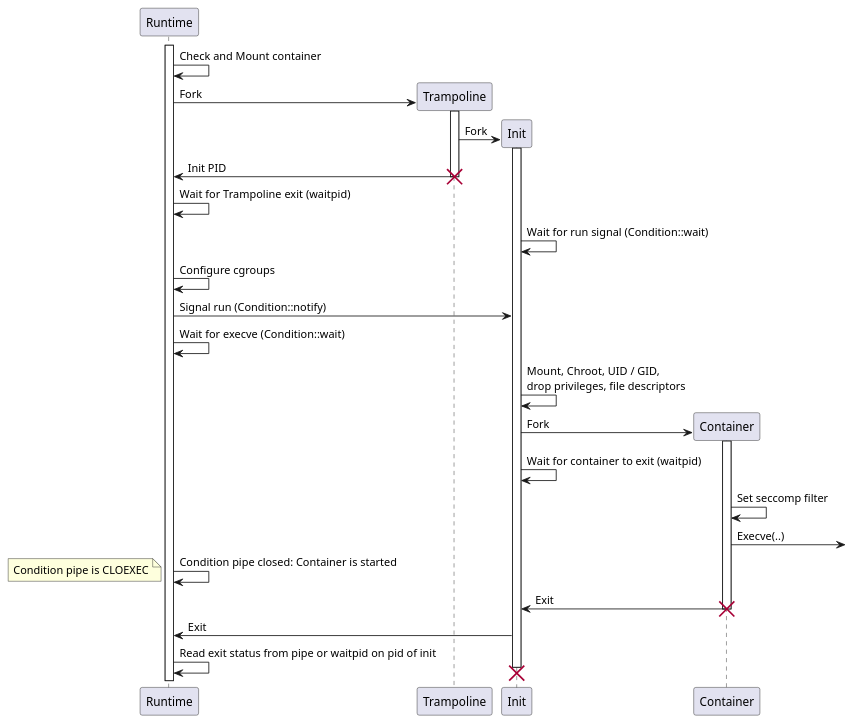
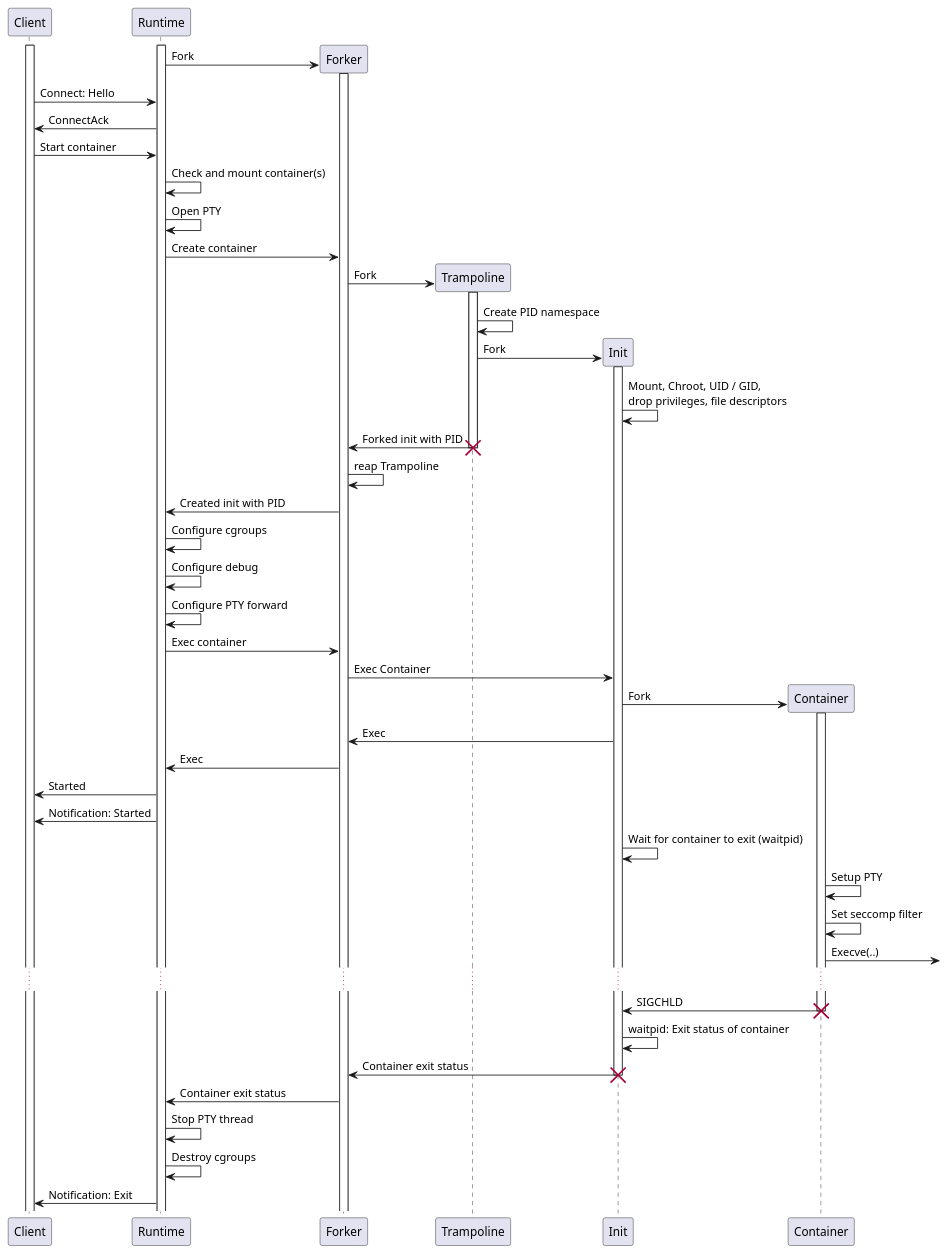
Before and after one commit to esrlabs/northstar: the diagram in images/container-startup.puml, drawn with PlantUML. The commit also changed 69 other files, not shown here.

```diff
--- a/images/container-startup.puml
+++ b/images/container-startup.puml
@@ -1,33 +1,69 @@
 @startuml container_startup
 
+create Client
+activate Client
+
+create Runtime
 activate Runtime
-Runtime -> Runtime: Check and Mount container
+
+create Forker
+Runtime -> Forker: Fork
+activate Forker
+
+Client -> Runtime: Connect: Hello
+Client <- Runtime: ConnectAck
+Client -> Runtime: Start container
+Runtime -> Runtime: Check and mount container(s)
+Runtime -> Runtime: Open PTY
+
+Runtime -> Forker: Create container
+
 create Trampoline
-Runtime -> Trampoline: Fork
+Forker -> Trampoline: Fork
 activate Trampoline
+Trampoline -> Trampoline: Create PID namespace
+
 create Init
 Trampoline -> Init: Fork
 activate Init
-Trampoline -> Runtime: Init PID
+Init -> Init: Mount, Chroot, UID / GID,\ndrop privileges, file descriptors
+
+Trampoline -> Forker: Forked init with PID
 destroy Trampoline
-Runtime -> Runtime: Wait for Trampoline exit (waitpid)
-Init -> Init: Wait for run signal (Condition::wait)
+
+Forker -> Forker: reap Trampoline
+
+Forker -> Runtime: Created init with PID
+
 Runtime -> Runtime: Configure cgroups
-Runtime -> Init: Signal run (Condition::notify)
-Runtime -> Runtime: Wait for execve (Condition::wait)
-Init -> Init: Mount, Chroot, UID / GID,\ndrop privileges, file descriptors
+Runtime -> Runtime: Configure debug
+Runtime -> Runtime: Configure PTY forward
+
+Runtime -> Forker: Exec container
+Forker -> Init: Exec Container
 create Container
 Init -> Container: Fork
 activate Container
+Forker <- Init: Exec
+Runtime <- Forker: Exec
+Client <- Runtime: Started
+Client <- Runtime: Notification: Started
+
 Init -> Init: Wait for container to exit (waitpid)
+Container -> Container: Setup PTY
 Container -> Container: Set seccomp filter
 Container -> : Execve(..)
-Runtime -> Runtime: Condition pipe closed: Container is started
-note left: Condition pipe is CLOEXEC
-Container -> Init: Exit
+...
+Container -> Init: SIGCHLD
 destroy Container
-Init -> Runtime: Exit
-Runtime -> Runtime: Read exit status from pipe or waitpid on pid of init
+
+Init -> Init: waitpid: Exit status of container
+Init -> Forker: Container exit status
 destroy Init
 
+Forker -> Runtime: Container exit status
+Runtime -> Runtime: Stop PTY thread
+Runtime -> Runtime: Destroy cgroups
+Client <- Runtime: Notification: Exit
+
 @enduml
```
